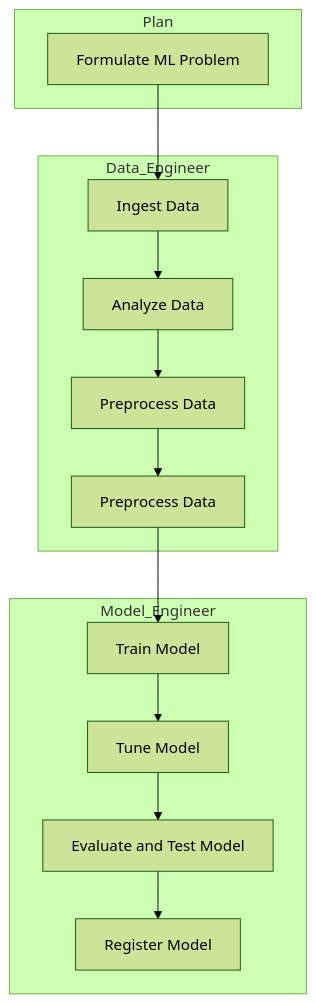
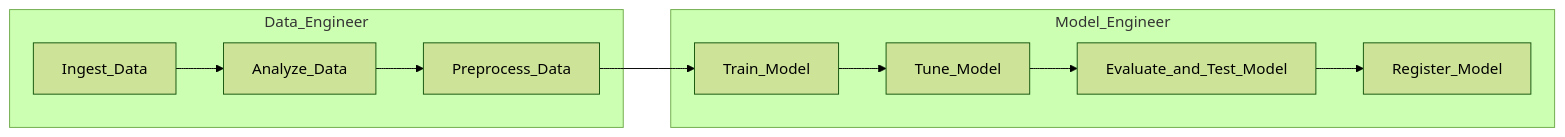
Before and after one commit to kenzamouktabil/Mission_RD: the diagram in processes_mermaid/notebook_2_iris_classification_clean.txt_mermaid.mmd, drawn with Mermaid (forest theme). The commit also changed 23 other files, not shown here.

```diff
--- a/processes_mermaid/notebook_2_iris_classification_clean.txt_mermaid.mmd
+++ b/processes_mermaid/notebook_2_iris_classification_clean.txt_mermaid.mmd
@@ -1,18 +1,15 @@
-flowchart TD
-  subgraph Plan
-    Formulate_ML_Problem_C1["Formulate ML Problem"]
-  end
+flowchart LR
   subgraph Data_Engineer
-    Ingest_Data_C4["Ingest Data"]
-    Analyze_Data_C6["Analyze Data"]
-    Preprocess_Data_C8["Preprocess Data"]
-    Preprocess_Data_C10["Preprocess Data"]
-  end
-  subgraph Model_Engineer
-    Train_Model_C12["Train Model"]
-    Tune_Model_C14["Tune Model"]
-    Evaluate_and_Test_Model_C16["Evaluate and Test Model"]
-    Register_Model_C18["Register Model"]
+    Ingest_Data_C4[Ingest_Data]
+    Analyze_Data_C6[Analyze_Data]
+    Preprocess_Data_C8[Preprocess_Data]
   end
 
-  Formulate_ML_Problem_C1 --> Ingest_Data_C4 --> Analyze_Data_C6 --> Preprocess_Data_C8 --> Preprocess_Data_C10 --> Train_Model_C12 --> Tune_Model_C14 --> Evaluate_and_Test_Model_C16 --> Register_Model_C18
+  subgraph Model_Engineer
+    Train_Model_C12[Train_Model]
+    Tune_Model_C14[Tune_Model]
+    Evaluate_and_Test_Model_C16[Evaluate_and_Test_Model]
+    Register_Model_C18[Register_Model]
+  end
+
+  Ingest_Data_C4 --> Analyze_Data_C6 --> Preprocess_Data_C8 --> Train_Model_C12 --> Tune_Model_C14 --> Evaluate_and_Test_Model_C16 --> Register_Model_C18
```
